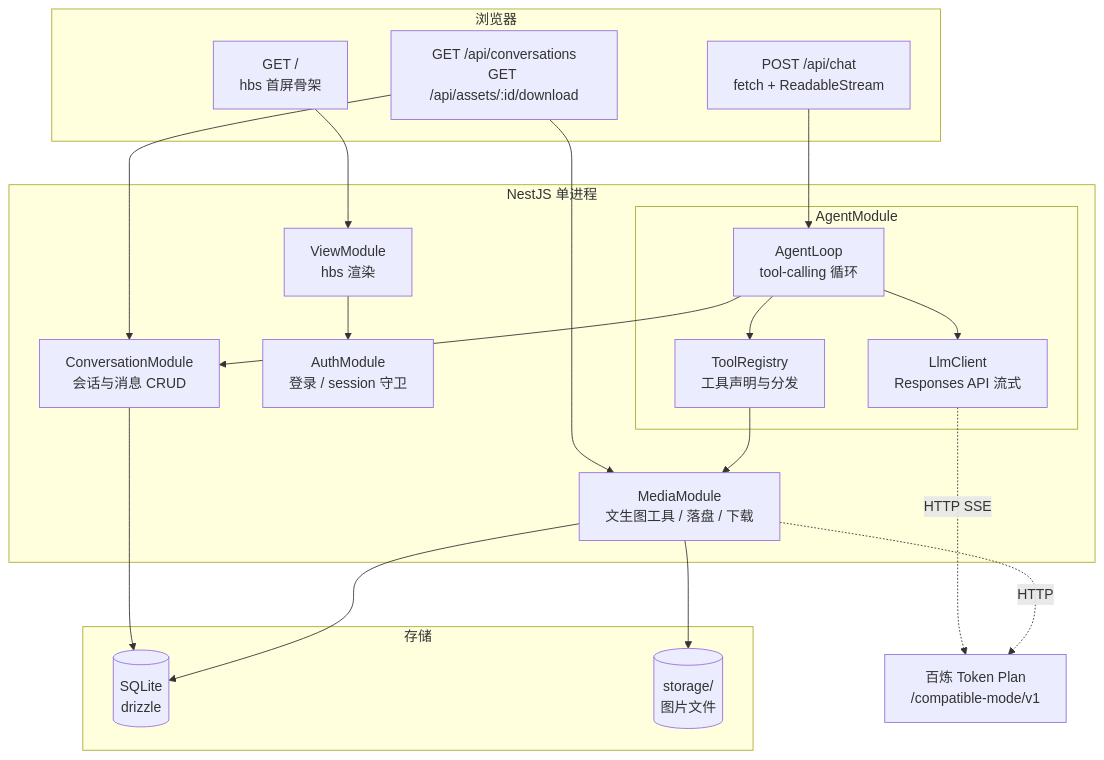
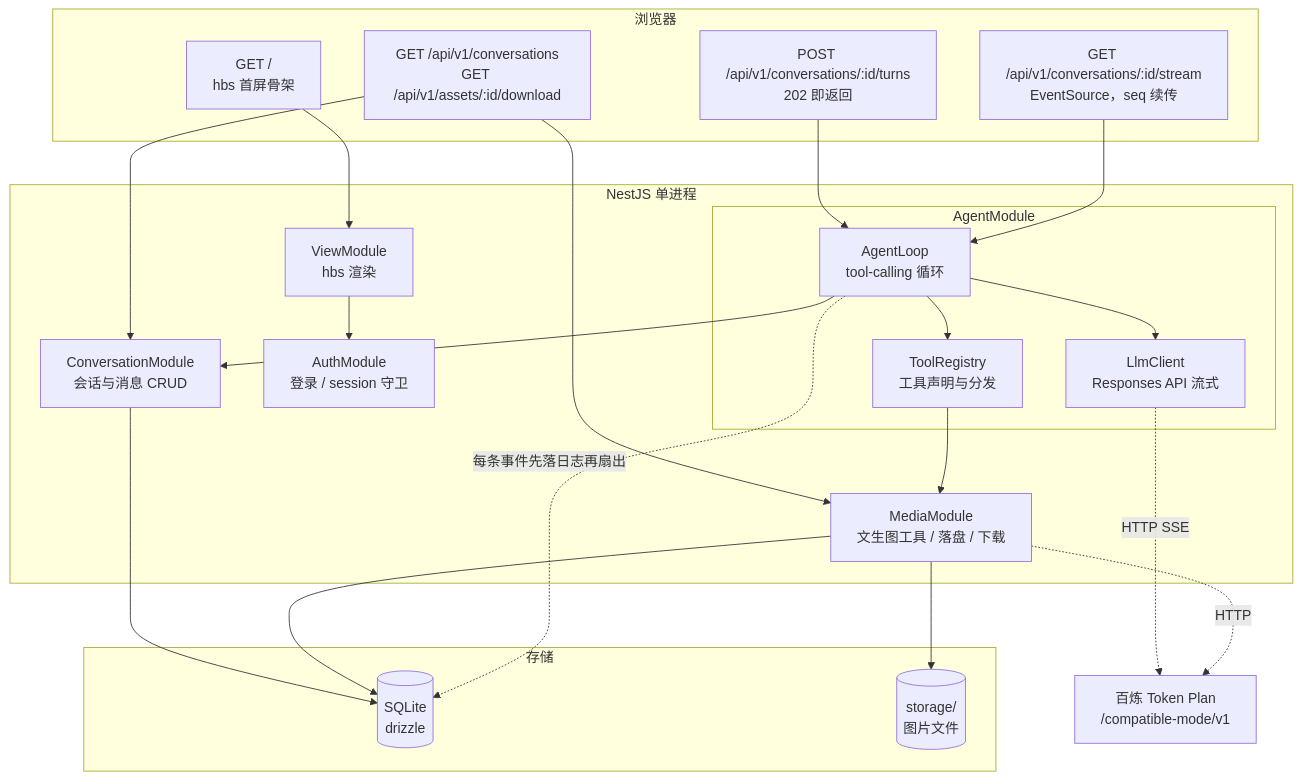
The first of 3 diagrams in docs/architecture.md (keepsilentw/kestrel-studio), drawn with Mermaid before and after one commit. The commit also changed other lines of this file and 64 other files, not shown here.

Commit message:
feat(chat): /api/v1 with detached turn submit and a resumable conversation event stream

````diff
--- a/docs/architecture.md
+++ b/docs/architecture.md
@@ -34,40 +34,43 @@
 ```mermaid
 flowchart TB
   subgraph Browser["浏览器"]
     SSR["GET /<br/>hbs 首屏骨架"]
-    CHAT["POST /api/chat<br/>fetch + ReadableStream"]
-    MISC["GET /api/conversations<br/>GET /api/assets/:id/download"]
+    SUB["POST /api/v1/conversations/:id/turns<br/>202 即返回"]
+    EV["GET /api/v1/conversations/:id/stream<br/>EventSource，seq 续传"]
+    MISC["GET /api/v1/conversations<br/>GET /api/v1/assets/:id/download"]
   end
 
   subgraph Nest["NestJS 单进程"]
     Auth["AuthModule<br/>登录 / session 守卫"]
     View["ViewModule<br/>hbs 渲染"]
     Conv["ConversationModule<br/>会话与消息 CRUD"]
     subgraph Agent["AgentModule"]
       Loop["AgentLoop<br/>tool-calling 循环"]
       Llm["LlmClient<br/>Responses API 流式"]
       Tools["ToolRegistry<br/>工具声明与分发"]
     end
     Media["MediaModule<br/>文生图工具 / 落盘 / 下载"]
   end
 
   subgraph Storage["存储"]
     DB[("SQLite<br/>drizzle")]
     Files[("storage/<br/>图片文件")]
   end
 
   SSR --> View
-  CHAT --> Loop
+  SUB --> Loop
+  EV --> Loop
   MISC --> Conv
   MISC --> Media
   View --> Auth
   Loop --> Llm
   Loop --> Tools
   Tools --> Media
   Loop --> Conv
   Conv --> DB
   Media --> DB
   Media --> Files
+  Loop -.->|每条事件先落日志再扇出| DB
   Llm -.->|HTTP SSE| Bailian["百炼 Token Plan<br/>/compatible-mode/v1"]
   Media -.->|HTTP| Bailian
 ```
````
